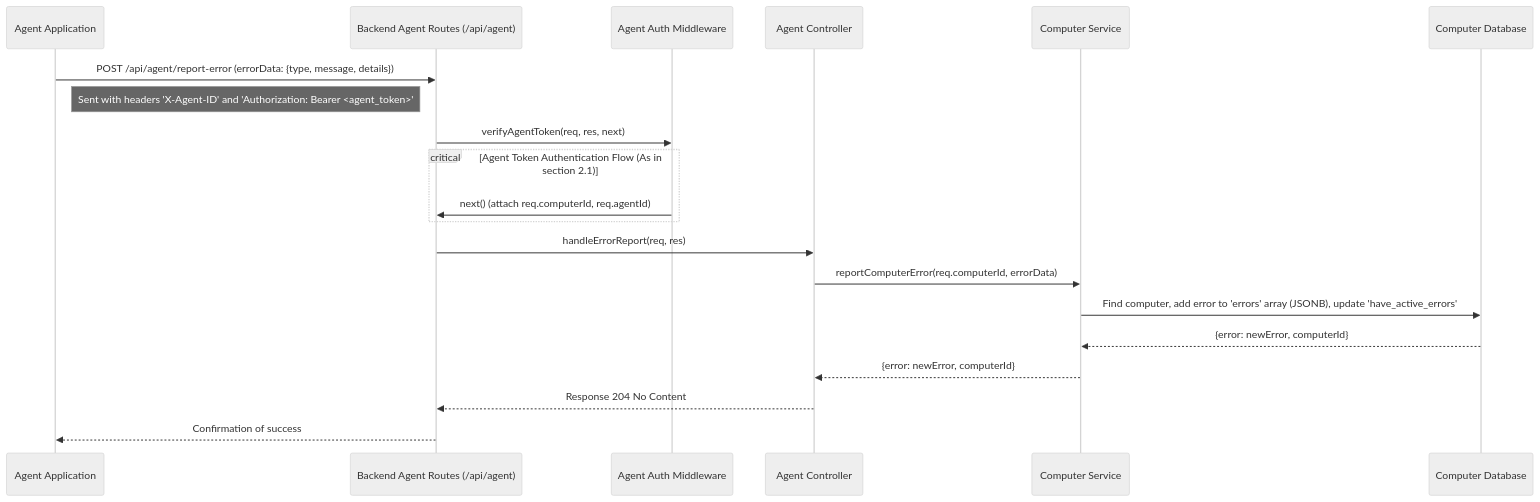
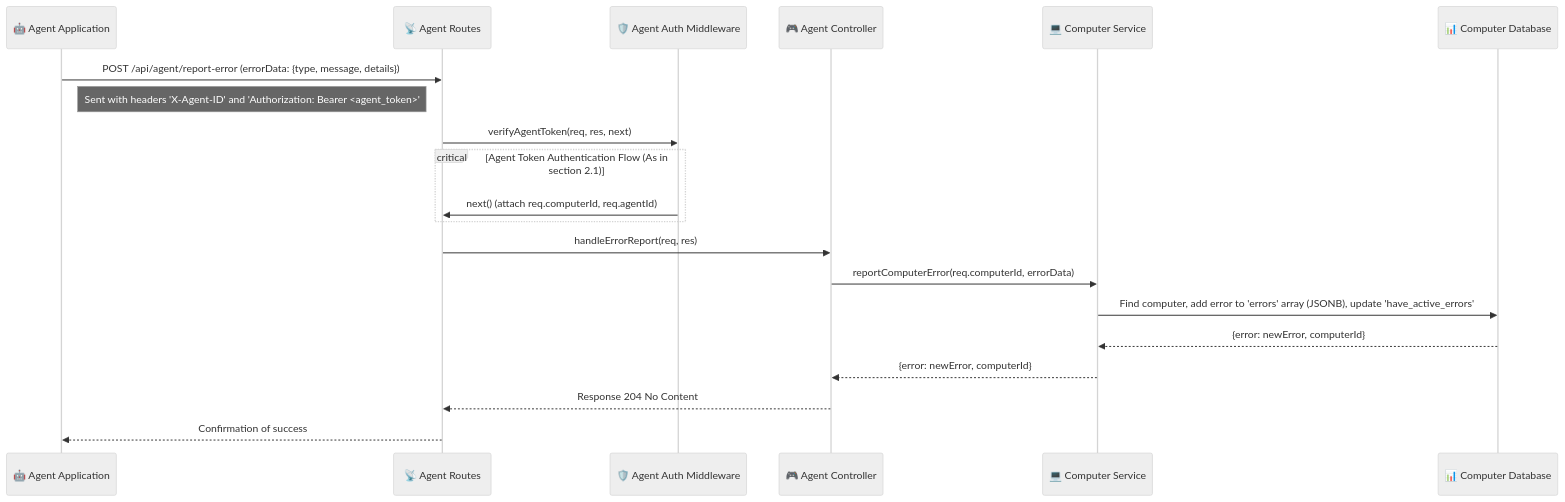
The sixth of 16 diagrams in backend/docs/flow.md (LoGGGG2402/computer-management-system), drawn with Mermaid (neutral theme) before and after one commit. The commit also changed other lines of this file and 60 other files, not shown here.

````diff
--- a/backend/docs/flow.md
+++ b/backend/docs/flow.md
@@ -246,23 +201,23 @@
 ```mermaid
 sequenceDiagram
-    participant AgentApp as Agent Application
-    participant BE_AgentRoutes as Backend Agent Routes (/api/agent)
-    participant AgentAuthMiddleware as Agent Auth Middleware
-    participant AgentController as Agent Controller
-    participant ComputerService as Computer Service
-    participant ComputerDB as Computer Database
+    participant AgentApp as 🤖 Agent Application
+    participant BE_AgentRoutes as 📡 Agent Routes
+    participant AgentAuthMiddleware as 🛡️ Agent Auth Middleware
+    participant AgentController as 🎮 Agent Controller
+    participant ComputerService as 💻 Computer Service
+    participant ComputerDB as 📊 Computer Database
 
     AgentApp->>BE_AgentRoutes: POST /api/agent/report-error (errorData: {type, message, details})
     note right of AgentApp: Sent with headers 'X-Agent-ID' and 'Authorization: Bearer <agent_token>'
     BE_AgentRoutes->>AgentAuthMiddleware: verifyAgentToken(req, res, next)
     critical Agent Token Authentication Flow (As in section 2.1)
         AgentAuthMiddleware->>BE_AgentRoutes: next() (attach req.computerId, req.agentId)
     end
     BE_AgentRoutes->>AgentController: handleErrorReport(req, res)
     AgentController->>ComputerService: reportComputerError(req.computerId, errorData)
     ComputerService->>ComputerDB: Find computer, add error to 'errors' array (JSONB), update 'have_active_errors'
     ComputerDB-->>ComputerService: {error: newError, computerId}
     ComputerService-->>AgentController: {error: newError, computerId}
     AgentController-->>BE_AgentRoutes: Response 204 No Content
     BE_AgentRoutes-->>AgentApp: Confirmation of success
 ```
````
